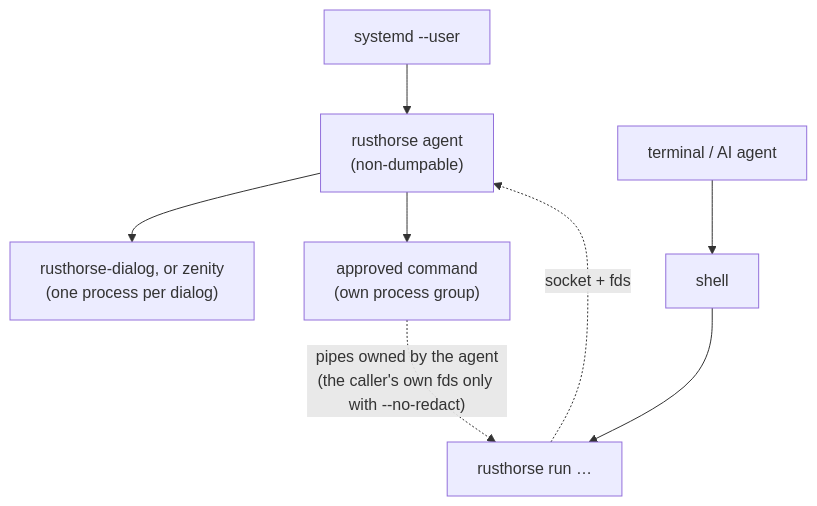
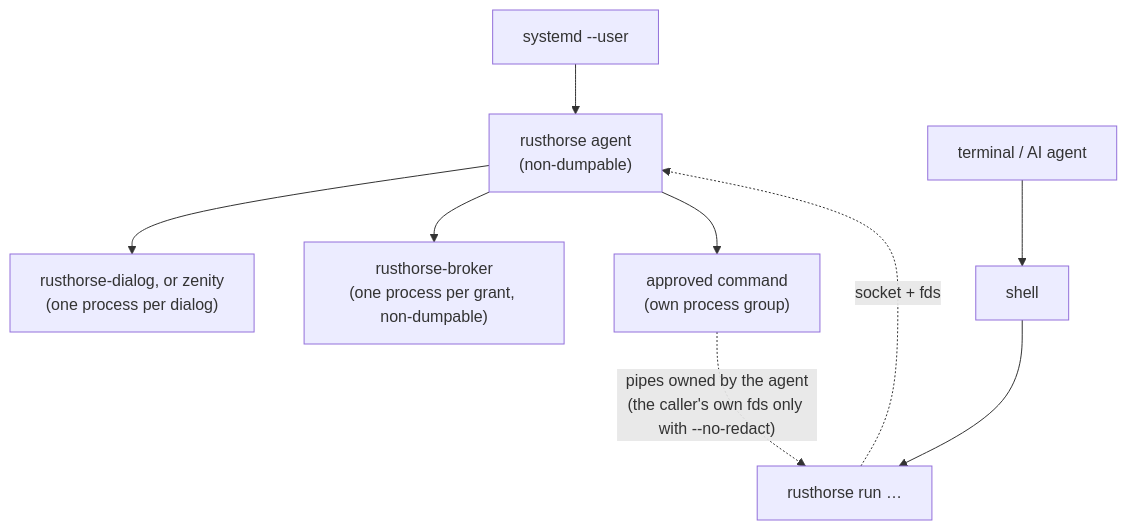
The second of 3 diagrams in docs/architecture.md (Alle4you/rusthorse), drawn with Mermaid before and after one commit. The commit also changed other lines of this file and 13 other files, not shown here.

````diff
--- a/docs/architecture.md
+++ b/docs/architecture.md
@@ -57,9 +63,10 @@
 ```mermaid
 flowchart TB
     systemd["systemd --user"] --> agent["rusthorse agent<br/>(non-dumpable)"]
     agent --> dialog["rusthorse-dialog, or zenity<br/>(one process per dialog)"]
+    agent --> broker["rusthorse-broker<br/>(one process per grant, non-dumpable)"]
     agent --> cmd["approved command<br/>(own process group)"]
     terminal["terminal / AI agent"] --> shell["shell"] --> cli["rusthorse run …"]
     cli -. "socket + fds" .-> agent
     cmd -. "pipes owned by the agent<br/>(the caller's own fds only with --no-redact)" .-> cli
 ```
````
